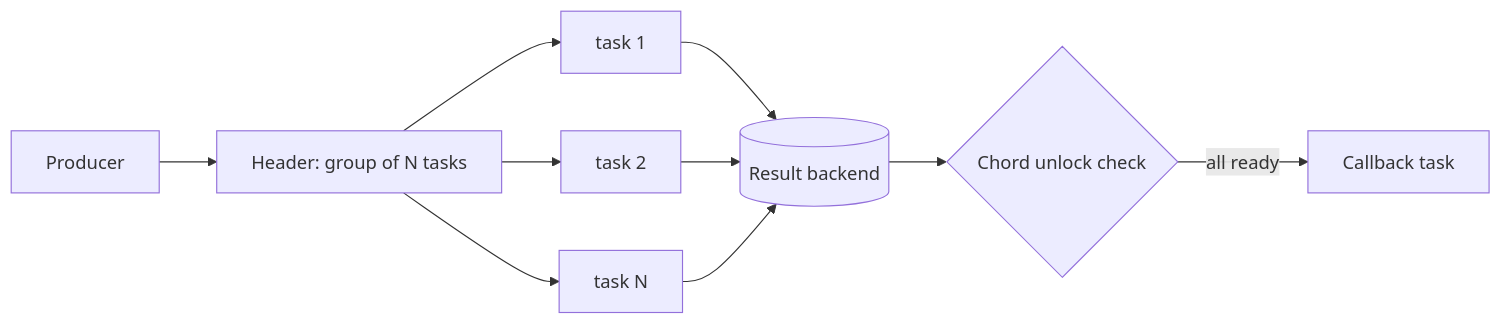
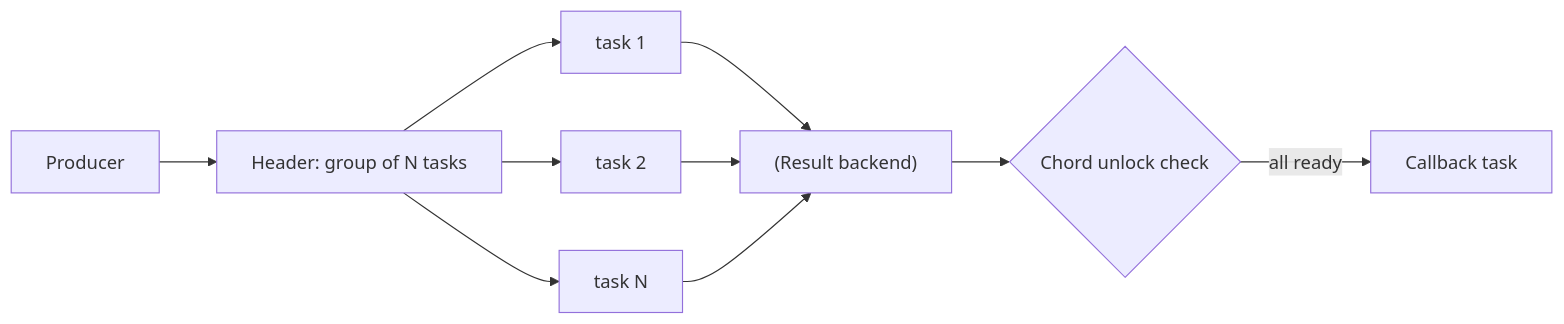
Before and after one commit to DDoSKudya/ai-study-atlas: the diagram in directions/services/celery/pact/13_vnutrennee_ustroystvo_celery_protokol_consumer_bootsteps_signaly_remote_control_i_chord_unlock/16_13_13_7_chord_internals_chord_unlock_i_zavisimost_ot_backend.md, drawn with Mermaid. The commit also changed 322 other files, not shown here.

Commit message:
fix(docs): make mermaid diagrams GitHub-compatible across directions content

````diff
--- a/directions/services/celery/pact/13_vnutrennee_ustroystvo_celery_protokol_consumer_bootsteps_signaly_remote_control_i_chord_unlock/16_13_13_7_chord_internals_chord_unlock_i_zavisimost_ot_backend.md
+++ b/directions/services/celery/pact/13_vnutrennee_ustroystvo_celery_protokol_consumer_bootsteps_signaly_remote_control_i_chord_unlock/16_13_13_7_chord_internals_chord_unlock_i_zavisimost_ot_backend.md
@@ -138,12 +138,12 @@
 ```mermaid
 flowchart LR
-    A[Producer] --> G[Header: group of N tasks]
-    G --> T1[task 1]
-    G --> T2[task 2]
-    G --> TN[task N]
-    T1 --> B[(Result backend)]
+    A["Producer"] --> G["Header: group of N tasks"]
+    G --> T1["task 1"]
+    G --> T2["task 2"]
+    G --> TN["task N"]
+    T1 --> B["(Result backend)"]
     T2 --> B
     TN --> B
-    B --> U{Chord unlock check}
-    U -->|all ready| C[Callback task]
+    B --> U{"Chord unlock check"}
+    U -->|all ready| C["Callback task"]
 ```
````
